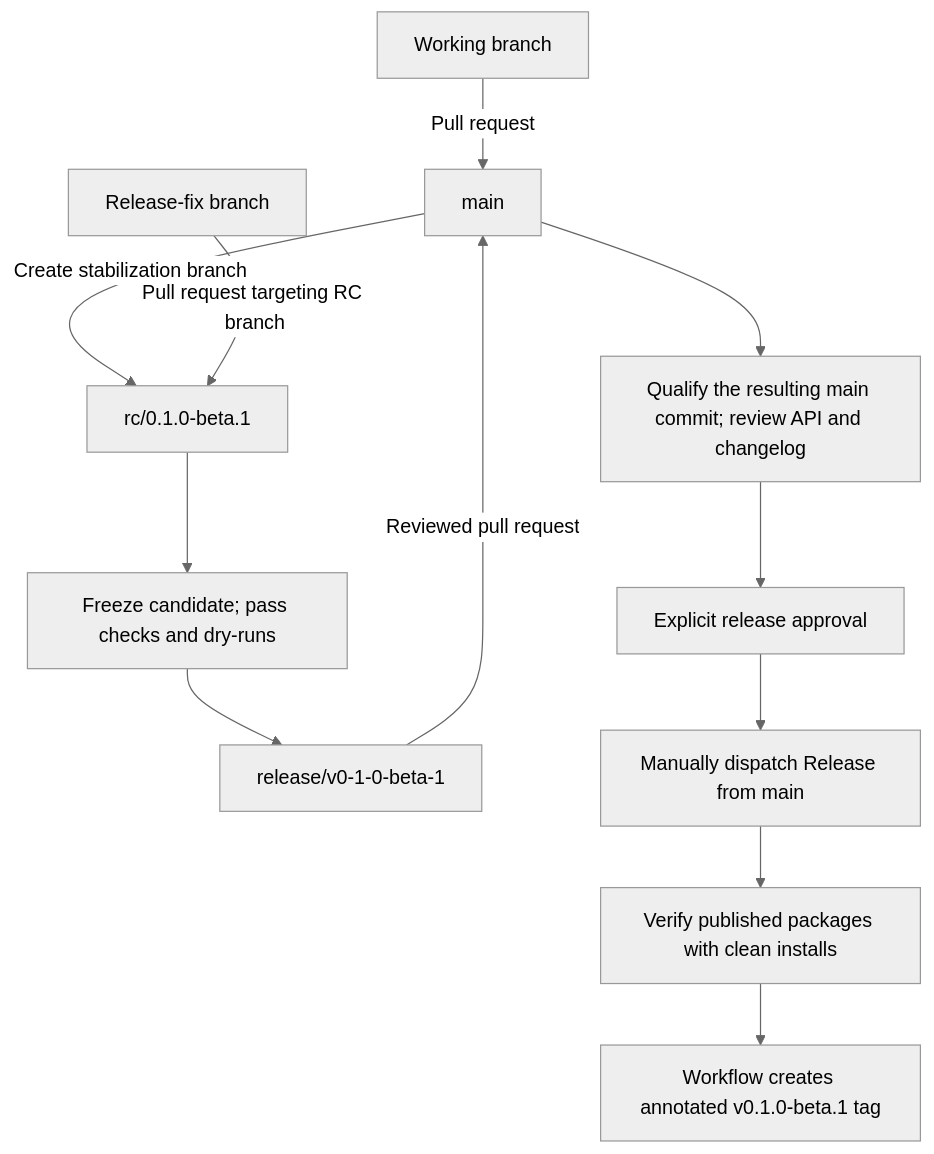
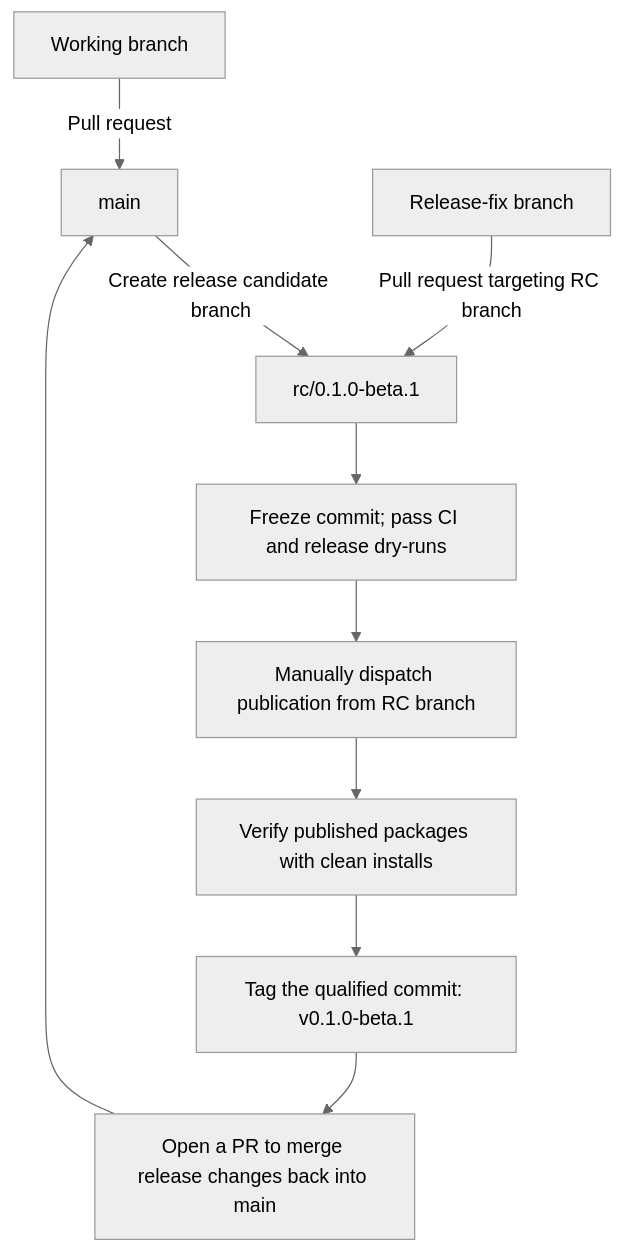
Before and after one commit to omiologic/secret-scan: the diagram in CONTRIBUTION.md, drawn with Mermaid (neutral theme). The commit also changed other lines of this file and 14 other files, not shown here.

````diff
--- a/CONTRIBUTION.md
+++ b/CONTRIBUTION.md
@@ -49,14 +49,12 @@
 ```mermaid
 flowchart TD
     work["Working branch"] -->|Pull request| main["main"]
-    main -->|Create stabilization branch| candidate["rc/0.1.0-beta.1"]
+    main -->|Create release candidate branch| candidate["rc/0.1.0-beta.1"]
     fix["Release-fix branch"] -->|Pull request targeting RC branch| candidate
-    candidate --> checks["Freeze candidate; pass checks and dry-runs"]
-    checks --> preparation["release/v0-1-0-beta-1"]
-    preparation -->|Reviewed pull request| main
-    main --> qualified["Qualify the resulting main commit; review API and changelog"]
-    qualified --> approval["Explicit release approval"]
-    approval --> publish["Manually dispatch Release from main"]
+    candidate --> checks["Freeze commit; pass CI and release dry-runs"]
+    checks --> publish["Manually dispatch publication from RC branch"]
     publish --> verify["Verify published packages with clean installs"]
-    verify --> tag["Workflow creates annotated v0.1.0-beta.1 tag"]
+    verify --> tag["Tag the qualified commit: v0.1.0-beta.1"]
+    tag --> backport["Open a PR to merge release changes back into main"]
+    backport --> main
 ```
````
